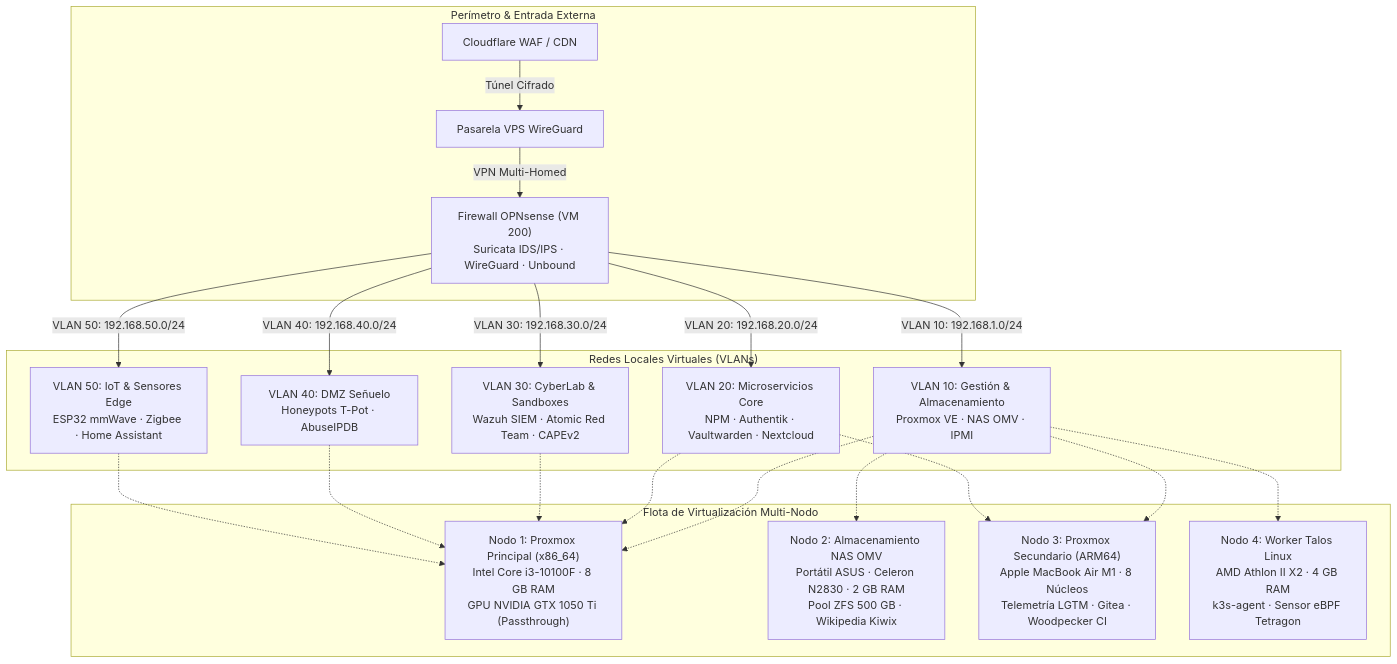
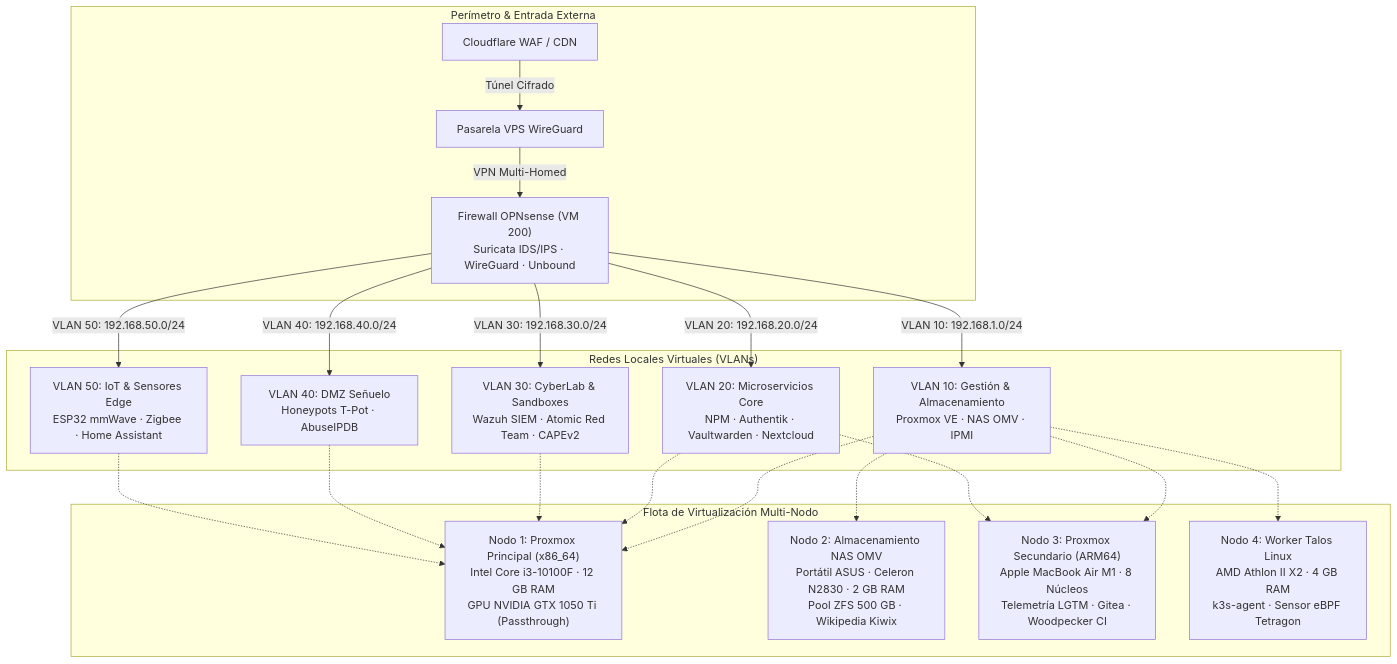
The second of 3 diagrams in README.es.md (stefanutc1/datacenter), drawn with Mermaid before and after one commit. The commit also changed other lines of this file and 10 other files, not shown here.

Commit message:
docs(hardware): update Node 1 primary hypervisor memory from 8GB to 12GB DDR4 RAM and ZRAM to 6.0GB across all READMEs and architecture specs

````diff
--- a/README.es.md
+++ b/README.es.md
@@ -73,28 +73,28 @@
 ```mermaid
 flowchart TB
     subgraph WAN_Edge["Perímetro & Entrada Externa"]
         CF["Cloudflare WAF / CDN"] -->|"Túnel Cifrado"| VPS["Pasarela VPS WireGuard"]
         VPS -->|"VPN Multi-Homed"| OPN["Firewall OPNsense (VM 200)<br/>Suricata IDS/IPS · WireGuard · Unbound"]
     end
 
     subgraph Network_VLANs["Redes Locales Virtuales (VLANs)"]
         OPN -->|"VLAN 10: 192.168.1.0/24"| V10["VLAN 10: Gestión & Almacenamiento<br/>Proxmox VE · NAS OMV · IPMI"]
         OPN -->|"VLAN 20: 192.168.20.0/24"| V20["VLAN 20: Microservicios Core<br/>NPM · Authentik · Vaultwarden · Nextcloud"]
         OPN -->|"VLAN 30: 192.168.30.0/24"| V30["VLAN 30: CyberLab & Sandboxes<br/>Wazuh SIEM · Atomic Red Team · CAPEv2"]
         OPN -->|"VLAN 40: 192.168.40.0/24"| V40["VLAN 40: DMZ Señuelo<br/>Honeypots T-Pot · AbuseIPDB"]
         OPN -->|"VLAN 50: 192.168.50.0/24"| V50["VLAN 50: IoT & Sensores Edge<br/>ESP32 mmWave · Zigbee · Home Assistant"]
     end
 
     subgraph Compute_Layer["Flota de Virtualización Multi-Nodo"]
-        Node1["Nodo 1: Proxmox Principal (x86_64)<br/>Intel Core i3-10100F · 8 GB RAM<br/>GPU NVIDIA GTX 1050 Ti (Passthrough)"]
+        Node1["Nodo 1: Proxmox Principal (x86_64)<br/>Intel Core i3-10100F · 12 GB RAM<br/>GPU NVIDIA GTX 1050 Ti (Passthrough)"]
         Node2["Nodo 2: Almacenamiento NAS OMV<br/>Portátil ASUS · Celeron N2830 · 2 GB RAM<br/>Pool ZFS 500 GB · Wikipedia Kiwix"]
         Node3["Nodo 3: Proxmox Secundario (ARM64)<br/>Apple MacBook Air M1 · 8 Núcleos<br/>Telemetría LGTM · Gitea · Woodpecker CI"]
         Node4["Nodo 4: Worker Talos Linux<br/>AMD Athlon II X2 · 4 GB RAM<br/>k3s-agent · Sensor eBPF Tetragon"]
     end
 
     V10 -.-> Node1 & Node2 & Node3 & Node4
     V20 -.-> Node1 & Node3
     V30 -.-> Node1
     V40 -.-> Node1
     V50 -.-> Node1
 ```
````
